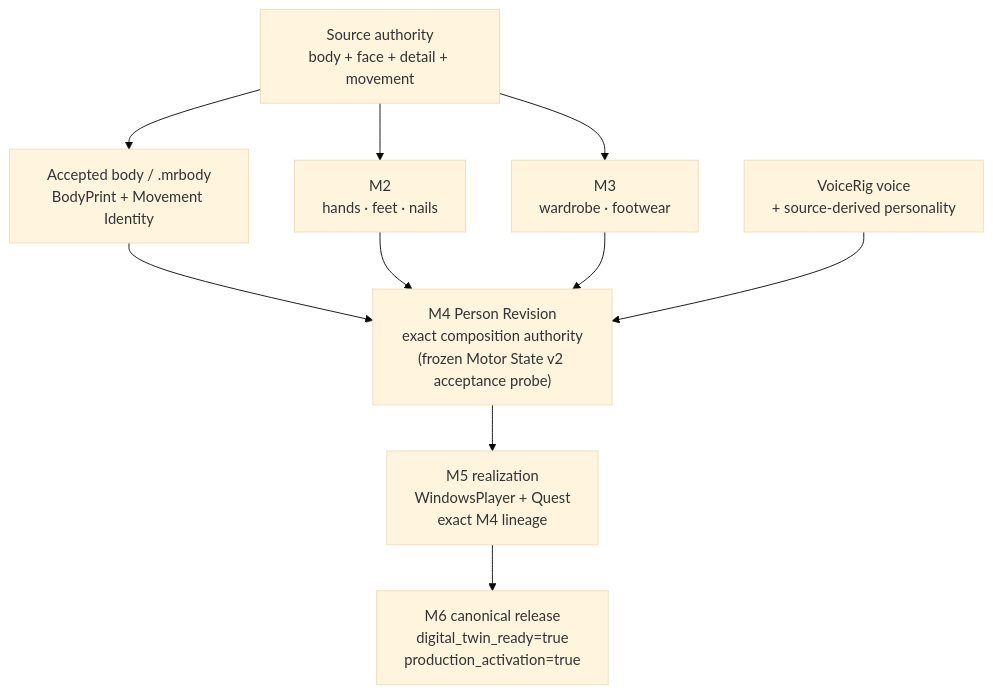
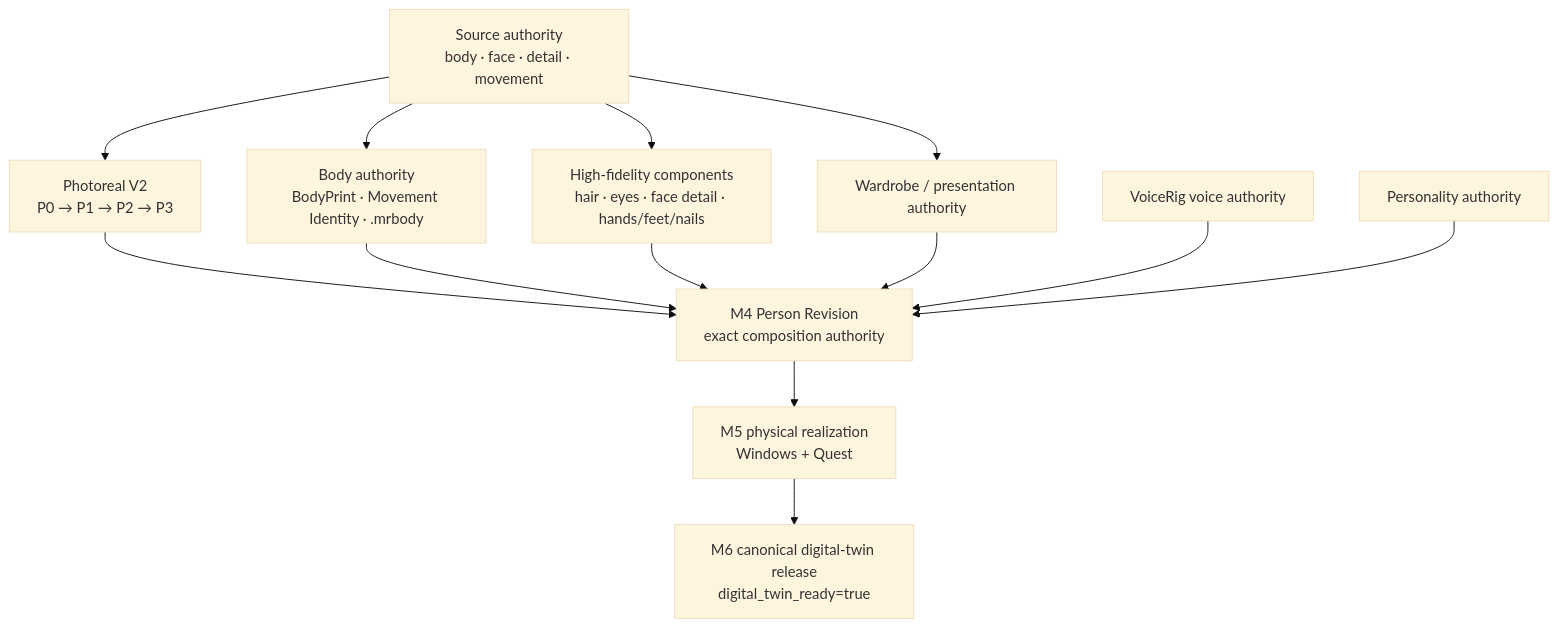
Before and after one commit to Ternedal/BodyRig: the fourth of 5 diagrams in docs/ARCHITECTURE.md, drawn with Mermaid (base theme). The commit also changed other lines of this file and 3 other files, not shown here.

First line of the commit message:
docs: refresh Photoreal V2 and digital-twin architecture (#1336)

````diff
--- a/docs/ARCHITECTURE.md
+++ b/docs/ARCHITECTURE.md
@@ -94,20 +97,25 @@
 ```mermaid
 flowchart TB
-    SRC["Source authority\nbody + face + detail + movement"]
-    M2["M2\nhands · feet · nails"]
-    M3["M3\nwardrobe · footwear"]
-    BODY["Accepted body / .mrbody\nBodyPrint + Movement Identity"]
-    VP["VoiceRig voice\n+ source-derived personality"]
-    M4["M4 Person Revision\nexact composition authority\n(frozen Motor State v2 acceptance probe)"]
-    M5["M5 realization\nWindowsPlayer + Quest\nexact M4 lineage"]
-    M6["M6 canonical release\ndigital_twin_ready=true\nproduction_activation=true"]
+    SRC["Source authority\nbody · face · detail · movement"]
+    PHOTO["Photoreal V2\nP0 → P1 → P2 → P3"]
+    BODY["Body authority\nBodyPrint · Movement Identity · .mrbody"]
+    DETAIL["High-fidelity components\nhair · eyes · face detail · hands/feet/nails"]
+    WARD["Wardrobe / presentation authority"]
+    VOICE["VoiceRig voice authority"]
+    PERS["Personality authority"]
+    M4["M4 Person Revision\nexact composition authority"]
+    M5["M5 physical realization\nWindows + Quest"]
+    M6["M6 canonical digital-twin release\ndigital_twin_ready=true"]
 
+    SRC --> PHOTO
     SRC --> BODY
-    SRC --> M2
-    SRC --> M3
+    SRC --> DETAIL
+    SRC --> WARD
+    PHOTO --> M4
     BODY --> M4
-    M2 --> M4
-    M3 --> M4
-    VP --> M4
+    DETAIL --> M4
+    WARD --> M4
+    VOICE --> M4
+    PERS --> M4
     M4 --> M5 --> M6
 ```
````
